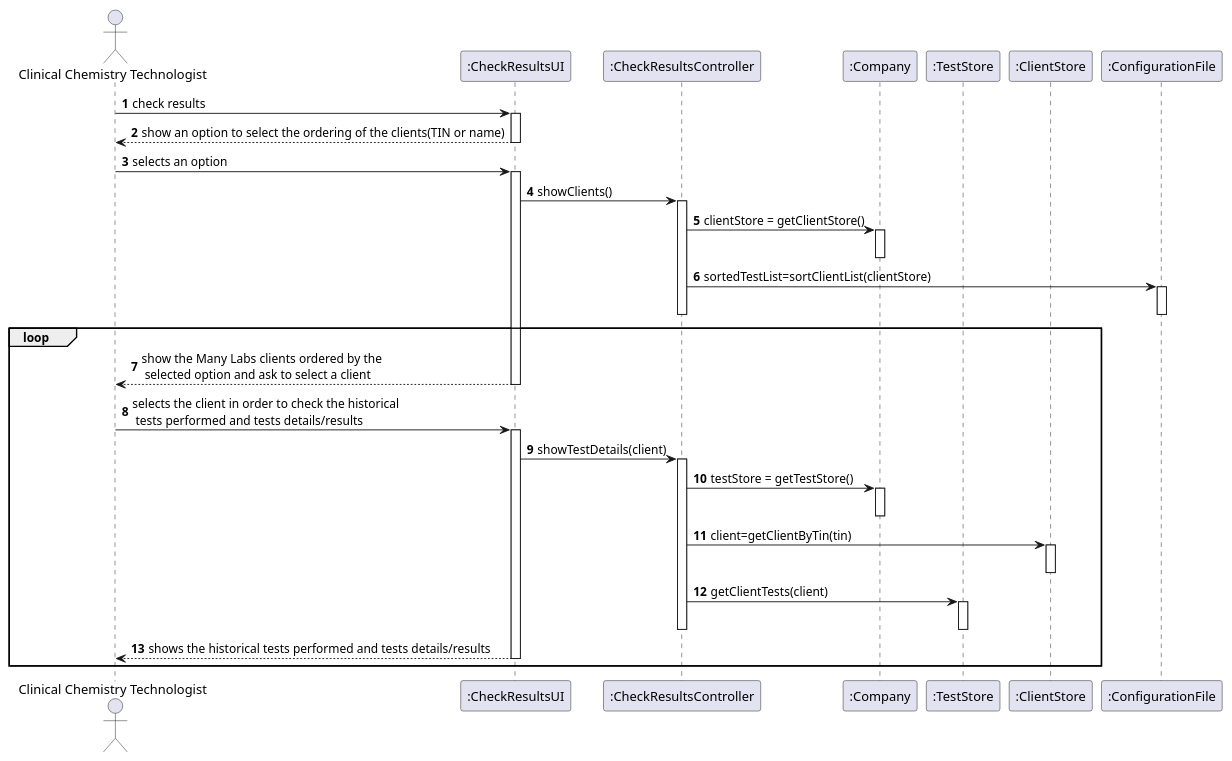
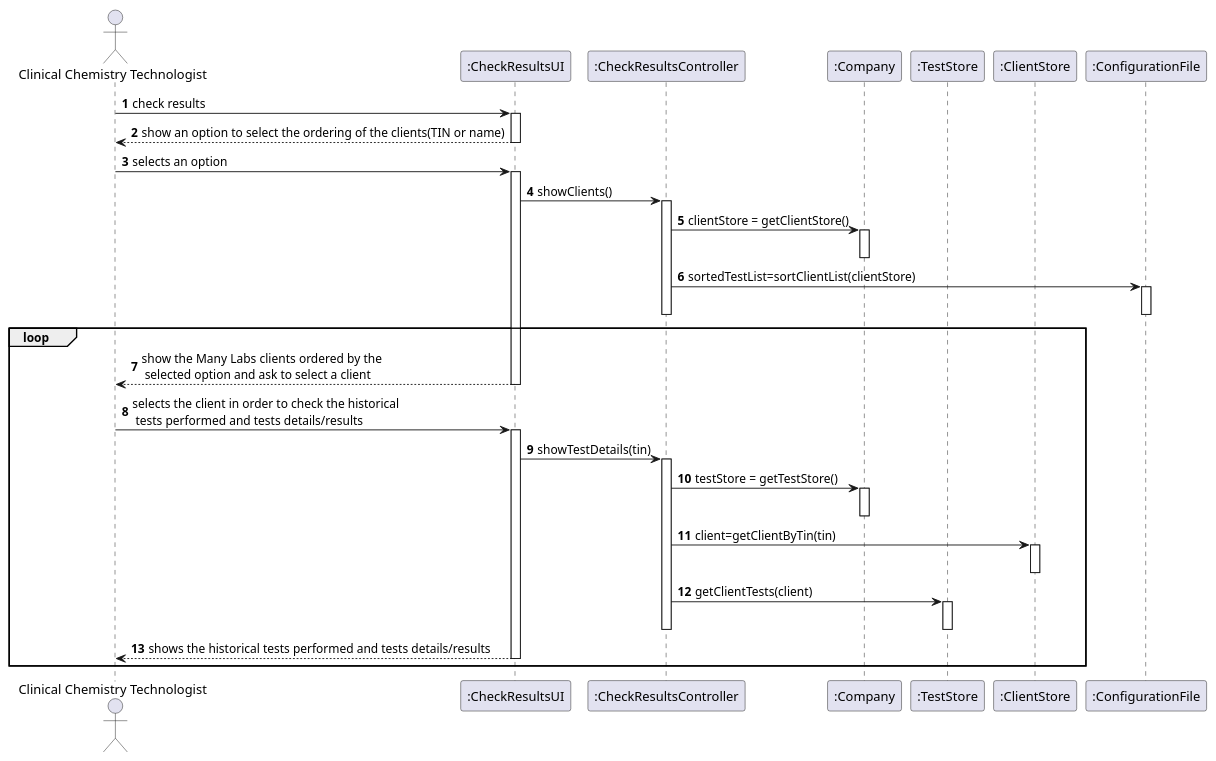
Before and after one commit to GuilhermeCunha79/lapr2: the diagram in docs/SprintD/US13/UC13_SD.puml, drawn with PlantUML. The commit also changed 1 other file, not shown here.

```diff
--- a/docs/SprintD/US13/UC13_SD.puml
+++ b/docs/SprintD/US13/UC13_SD.puml
@@ -1,57 +1,57 @@
 @startuml
 'https://plantuml.com/sequence-diagram
 
 autonumber
 
 actor "Clinical Chemistry Technologist" as CCT
 participant ":CheckResultsUI" as UI
 participant ":CheckResultsController" as CTRL
 participant ":Company" as COMP
 participant ":TestStore" as TS
 participant ":ClientStore" as CS
 participant ":ConfigurationFile" as CF
 
 
 CCT->UI : check results
 activate UI
 
 UI-->CCT: show an option to select the ordering of the clients(TIN or name)
 deactivate UI
 
 CCT->UI : selects an option
 activate UI
 UI-> CTRL : showClients()
 activate CTRL
 CTRL-> COMP : clientStore = getClientStore()
 activate COMP
 deactivate COMP
 CTRL-> CF : sortedTestList=sortClientList(clientStore)
 activate CF
 deactivate CF
 deactivate CTRL
 
 loop
 UI-->CCT:show the Many Labs clients ordered by the\n selected option and ask to select a client
 
 deactivate UI
 
 CCT->UI : selects the client in order to check the historical\n tests performed and tests details/results
 activate UI
-UI-> CTRL : showTestDetails(client)
+UI-> CTRL : showTestDetails(tin)
 activate CTRL
 CTRL->COMP :testStore = getTestStore()
 activate COMP
 deactivate COMP
 CTRL-> CS : client=getClientByTin(tin)
 activate CS
 deactivate CS
 CTRL->TS : getClientTests(client)
 activate TS
 deactivate TS
 deactivate CTRL
 
 UI-->CCT:shows the historical tests performed and tests details/results
 
 deactivate UI
 end
 @enduml
```
